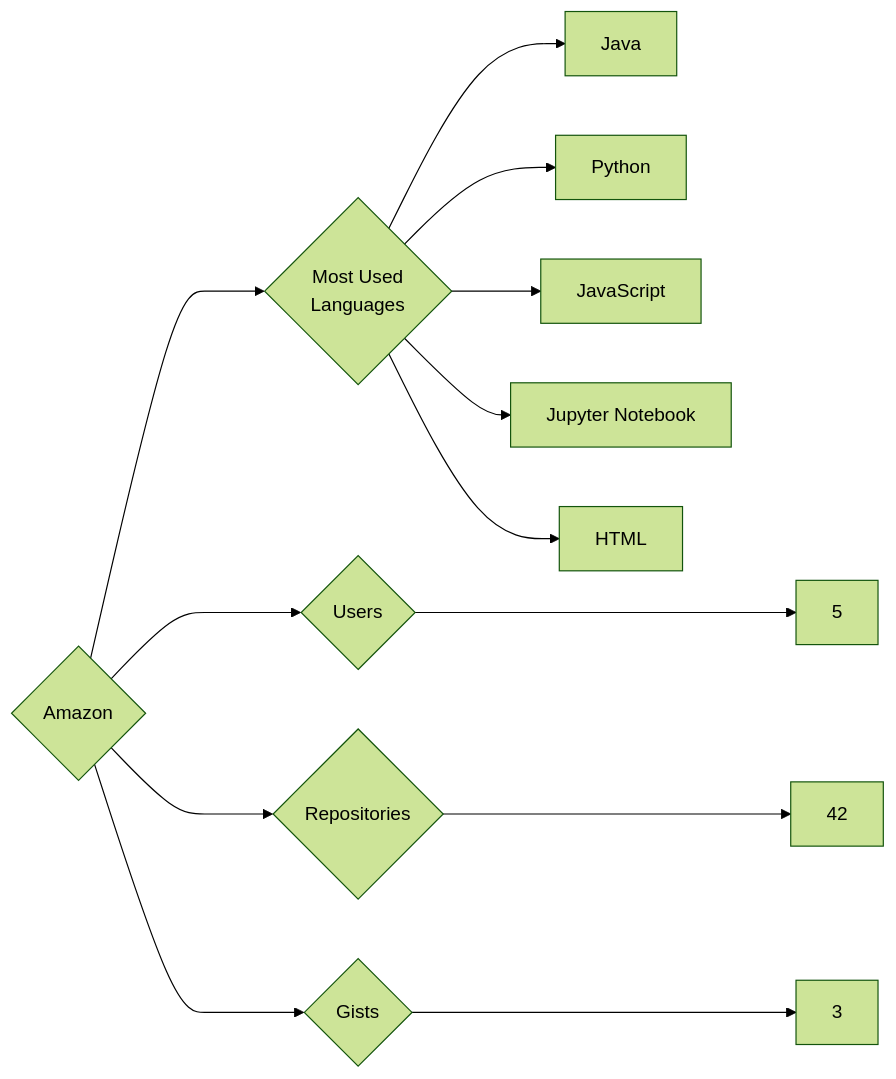
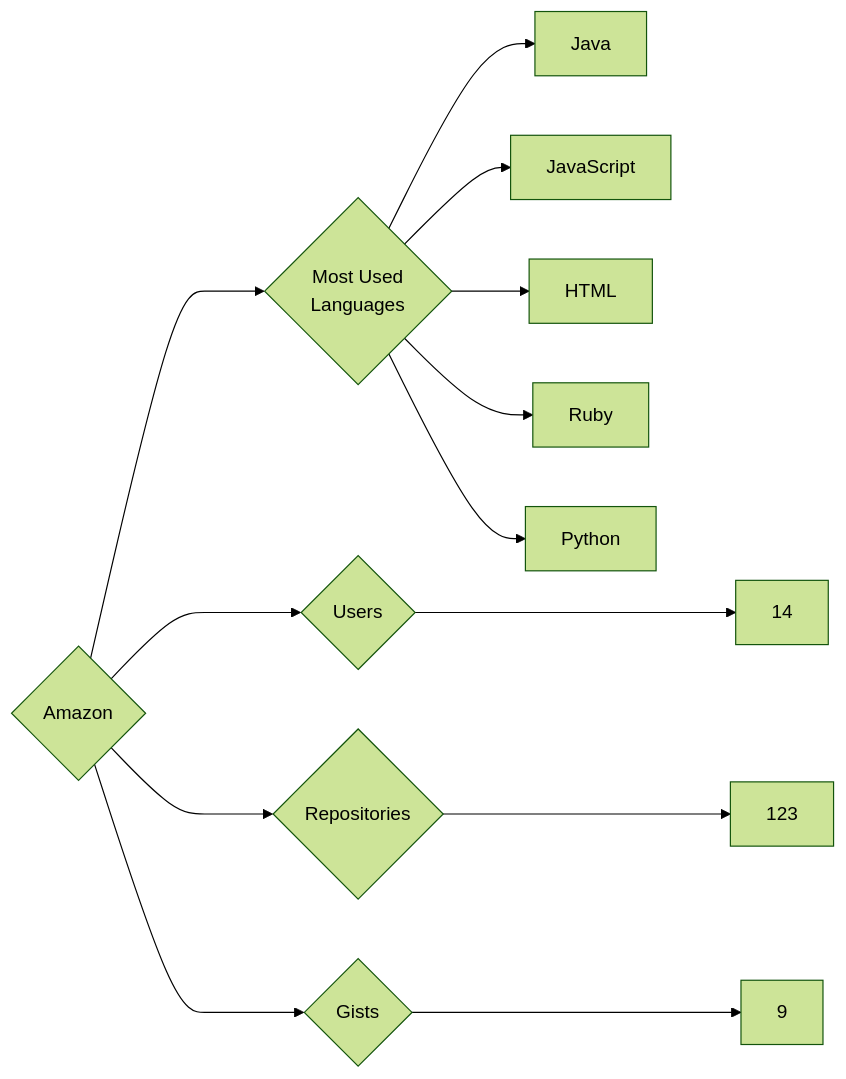
One commit to trickest/insiders changed the diagram in targets/Amazon/README.md. Above: the diagram before and after it, drawn with Mermaid (forest theme). The commit also changed 859 other files, not shown here.

````diff
--- a/targets/Amazon/README.md
+++ b/targets/Amazon/README.md
@@ -3,13 +3,13 @@
 ```mermaid
 graph LR
 COMPANY_NAME{Amazon}
-COMPANY_NAME ---> U{Users} ---> UN[5]
-COMPANY_NAME ---> R{Repositories} ---> RN[42]
-COMPANY_NAME ---> G{Gists} ---> GN[3]
+COMPANY_NAME ---> U{Users} ---> UN[14]
+COMPANY_NAME ---> R{Repositories} ---> RN[123]
+COMPANY_NAME ---> G{Gists} ---> GN[9]
 COMPANY_NAME ---> ML{Most Used<br>Languages}
 ML --> Java[Java]
+ML --> JavaScript[JavaScript]
+ML --> HTML[HTML]
+ML --> Ruby[Ruby]
 ML --> Python[Python]
-ML --> JavaScript[JavaScript]
-ML --> Jupyter_Notebook[Jupyter Notebook]
-ML --> HTML[HTML]
 ```
````
